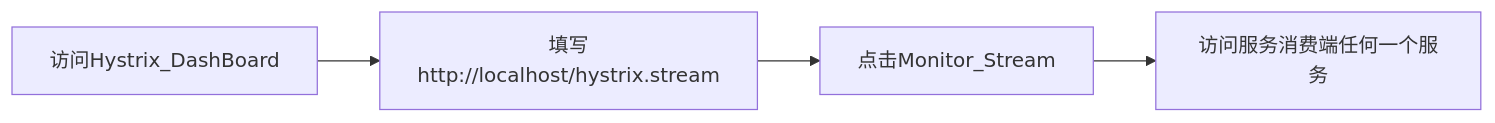
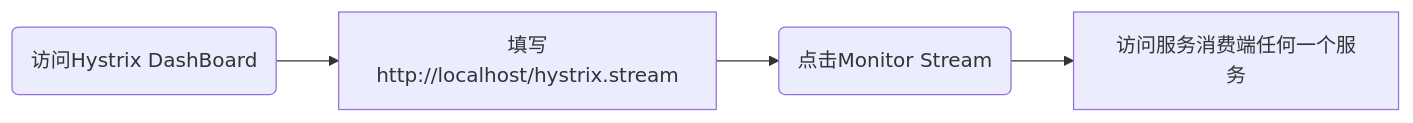
Before and after one commit to lingwh1995/books: the tenth of 54 diagrams in backend/springcloud/springcloud-eureka/springcloud-eureka.md, drawn with Mermaid. The commit also changed other lines of this file, not shown here.

````diff
--- a/backend/springcloud/springcloud-eureka/springcloud-eureka.md
+++ b/backend/springcloud/springcloud-eureka/springcloud-eureka.md
@@ -1286,6 +1286,6 @@
 ```mermaid
 flowchart LR
-    访问Hystrix_DashBoard-->填写http://localhost/hystrix.stream
-    填写http://localhost/hystrix.stream-->点击Monitor_Stream
-    点击Monitor_Stream-->访问服务消费端任何一个服务
+    A("访问Hystrix DashBoard")-->填写http://localhost/hystrix.stream
+    填写http://localhost/hystrix.stream-->B("点击Monitor Stream")
+    B("点击Monitor Stream")-->访问服务消费端任何一个服务
 ```
````
